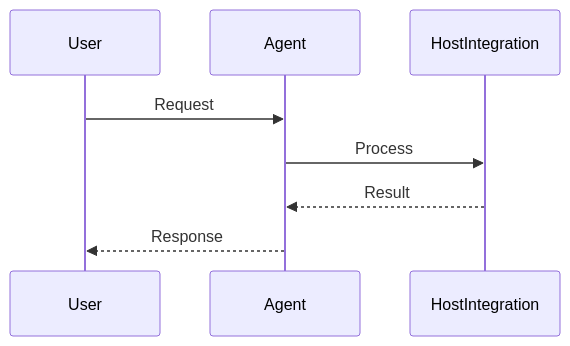
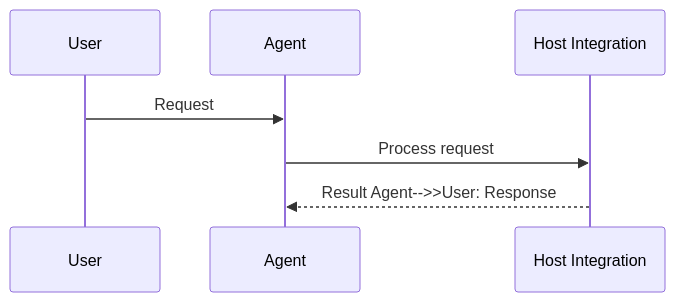
The second of 4 diagrams in docs/features/host-integration.mdx (MervinPraison/PraisonAIDocs), drawn with Mermaid before and after one commit. The commit also changed 204 other files, not shown here.

First line of the commit message:
docs: align feature/tool pages with AGENTS.md hero + sequence + import standards (fixes #1775)

````diff
--- a/docs/features/host-integration.mdx
+++ b/docs/features/host-integration.mdx
@@ -44,11 +44,10 @@
 ```mermaid
 sequenceDiagram
     participant User
     participant Agent
-    participant HostIntegration
+    participant Feature as Host Integration
 
     User->>Agent: Request
-    Agent->>HostIntegration: Process
-    HostIntegration-->>Agent: Result
-    Agent-->>User: Response
+    Agent->>Feature: Process request
+    Feature-->>Agent: Result    Agent-->>User: Response
 ```
````
